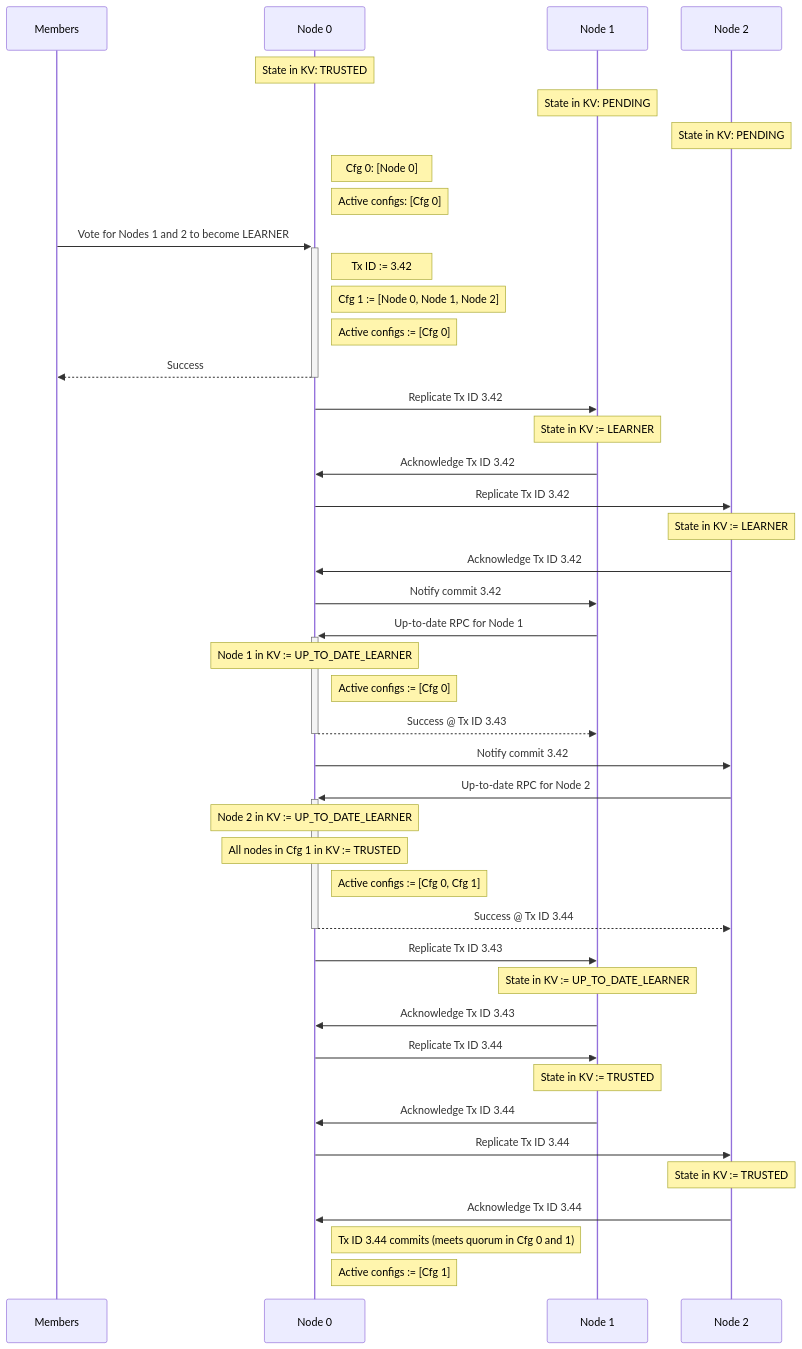
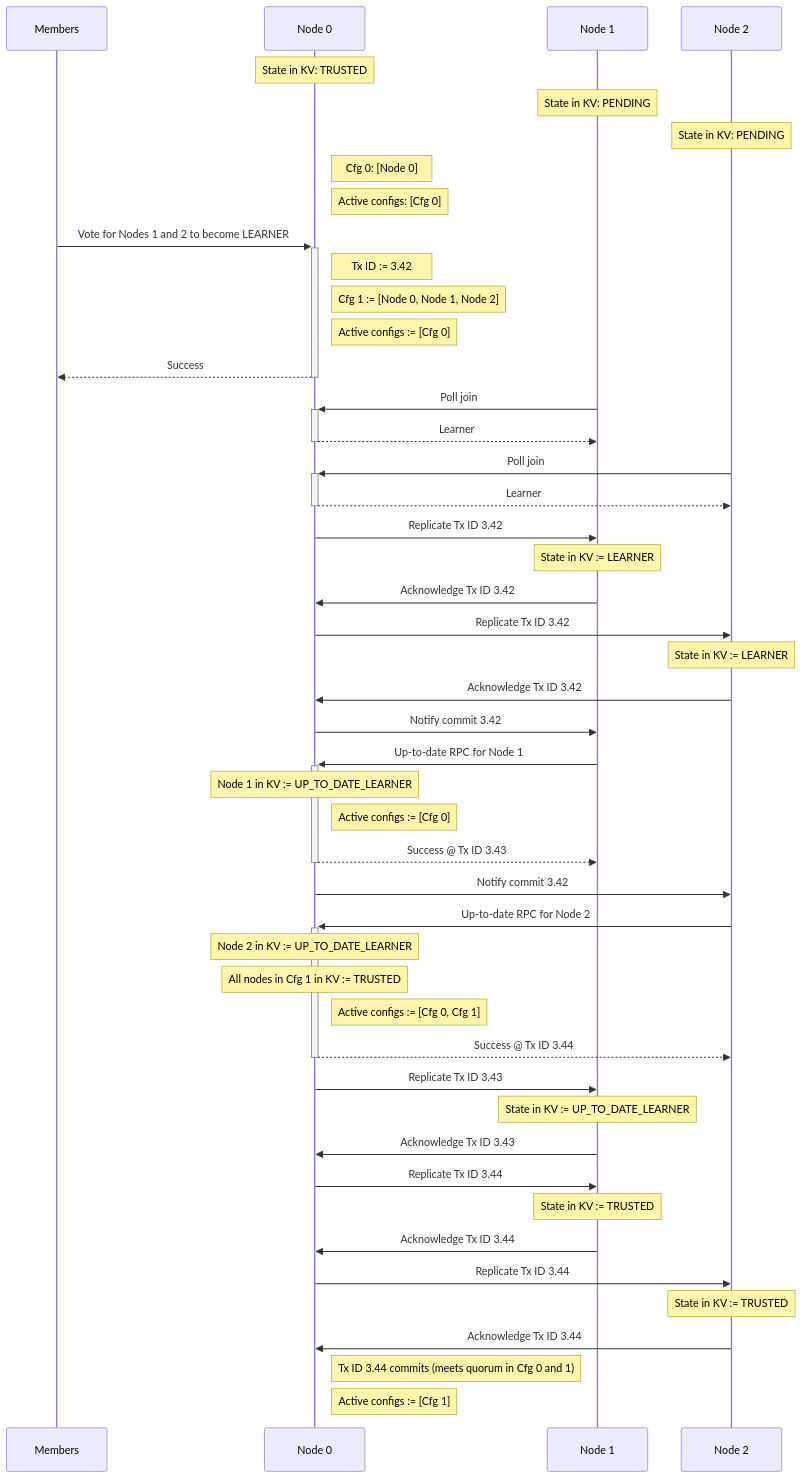
One commit to microsoft/CCF changed the fourth of 8 diagrams in doc/overview/consensus.rst. Above: the diagram before and after it, drawn with Mermaid. The commit also changed other lines of this file, not shown here.

Commit message:
Add diagram for 2-tx leader retirement

```diff
--- a/doc/overview/consensus.rst
+++ b/doc/overview/consensus.rst
@@ -187,57 +189,63 @@
 .. mermaid::
 
     sequenceDiagram
         participant Members
         participant Node 0
         participant Node 1
         participant Node 2
 
         Note over Node 0: State in KV: TRUSTED
         Note over Node 1: State in KV: PENDING
         Note over Node 2: State in KV: PENDING
 
         Note right of Node 0: Cfg 0: [Node 0]
         Note right of Node 0: Active configs: [Cfg 0]
 
         Members->>+Node 0: Vote for Nodes 1 and 2 to become LEARNER
 
         Note right of Node 0: Tx ID := 3.42
         Note right of Node 0: Cfg 1 := [Node 0, Node 1, Node 2]
         Note right of Node 0: Active configs := [Cfg 0]
         Node 0-->>-Members: Success
+
+        Node 1->>+Node 0: Poll join
+        Node 0-->>-Node 1: Learner
+
+        Node 2->>+Node 0: Poll join
+        Node 0-->>-Node 2: Learner
 
         Node 0->>Node 1: Replicate Tx ID 3.42
         Note over Node 1: State in KV := LEARNER
         Node 1->>Node 0: Acknowledge Tx ID 3.42
 
         Node 0->>Node 2: Replicate Tx ID 3.42
         Note over Node 2: State in KV := LEARNER
         Node 2->>Node 0: Acknowledge Tx ID 3.42
 
         Node 0->>Node 1: Notify commit 3.42
 
         Node 1->>+Node 0: Up-to-date RPC for Node 1
         Note over Node 0: Node 1 in KV := UP_TO_DATE_LEARNER
         Note right of Node 0: Active configs := [Cfg 0]
         Node 0-->>-Node 1: Success @ Tx ID 3.43
 
         Node 0->>Node 2: Notify commit 3.42
 
         Node 2->>+Node 0: Up-to-date RPC for Node 2
         Note over Node 0: Node 2 in KV := UP_TO_DATE_LEARNER
         Note over Node 0: All nodes in Cfg 1 in KV := TRUSTED
         Note right of Node 0: Active configs := [Cfg 0, Cfg 1]
         Node 0-->>-Node 2: Success @ Tx ID 3.44
 
         Node 0->>Node 1: Replicate Tx ID 3.43
         Note over Node 1: State in KV := UP_TO_DATE_LEARNER
         Node 1->>Node 0: Acknowledge Tx ID 3.43
         Node 0->>Node 1: Replicate Tx ID 3.44
         Note over Node 1: State in KV := TRUSTED
         Node 1->>Node 0: Acknowledge Tx ID 3.44
         Node 0->>Node 2: Replicate Tx ID 3.44
         Note over Node 2: State in KV := TRUSTED
         Node 2->>Node 0: Acknowledge Tx ID 3.44
 
         Note right of Node 0: Tx ID 3.44 commits (meets quorum in Cfg 0 and 1)
         Note right of Node 0: Active configs := [Cfg 1]
```
